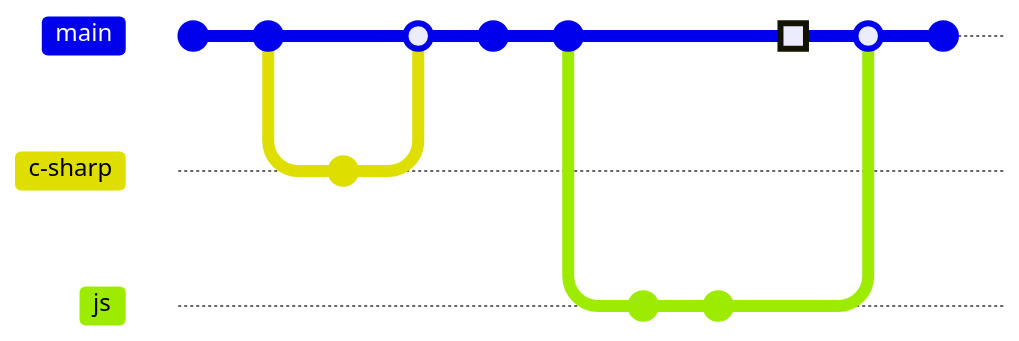
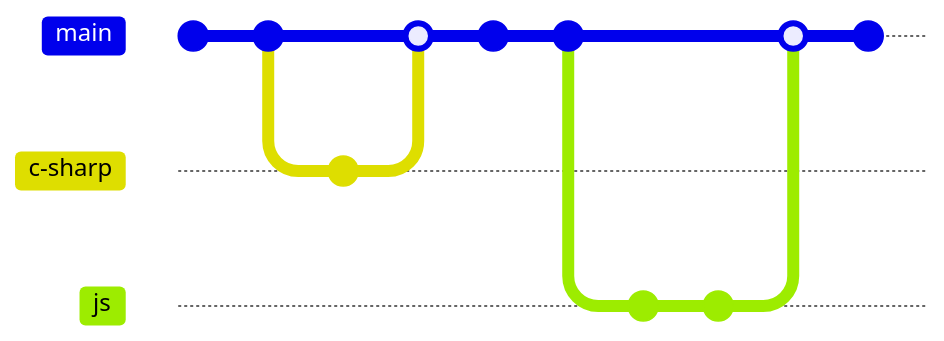
One commit to steepl/steepl changed the diagram in README.md. Above: the diagram before and after it, drawn with Mermaid. Commit ids are hidden.

Commit message:
Removed another commit from the Git graph

````diff
--- a/README.md
+++ b/README.md
@@ -3,18 +3,17 @@
 ```mermaid
   gitGraph:
     commit
     commit
     branch c-sharp
     commit id: "Blaeu.NET"
     checkout main
     merge c-sharp
     commit
     commit
     branch js
     commit id: "digigem"
     commit id: "MagicDashboard"
     checkout main
-    commit type: HIGHLIGHT
     merge js
     commit
 ```
````
